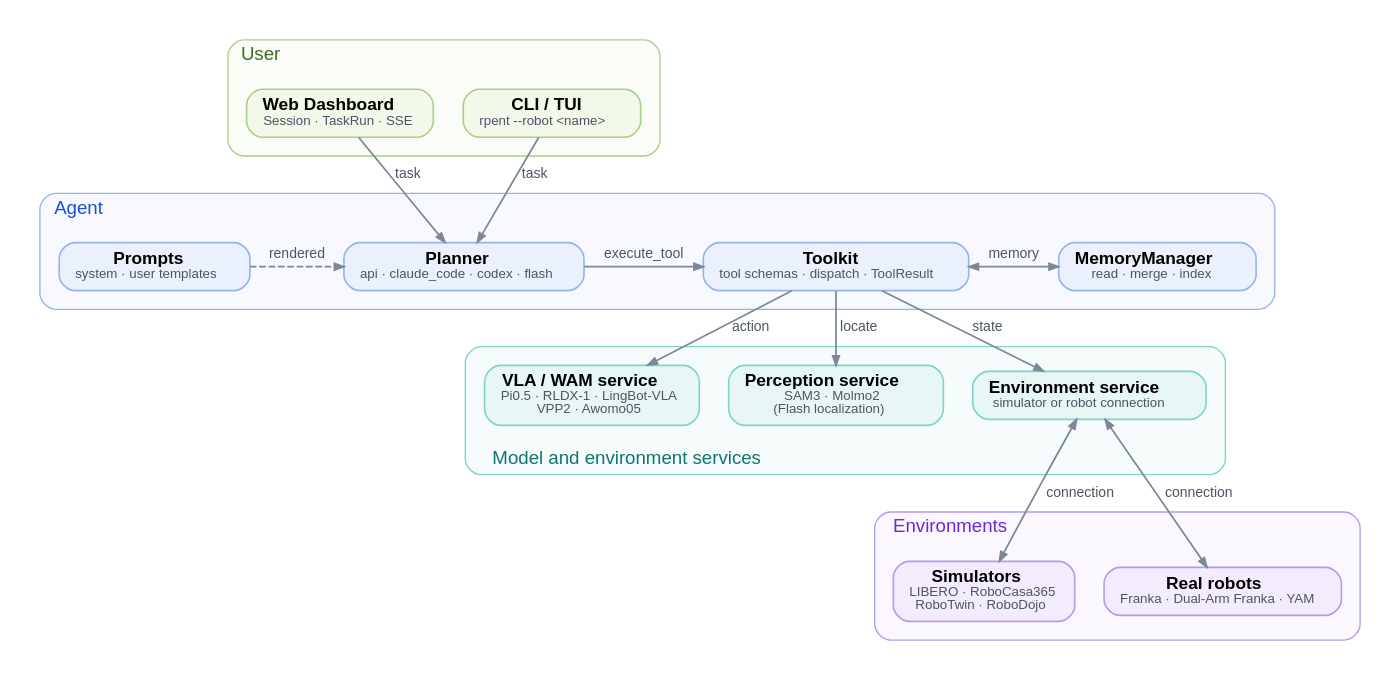
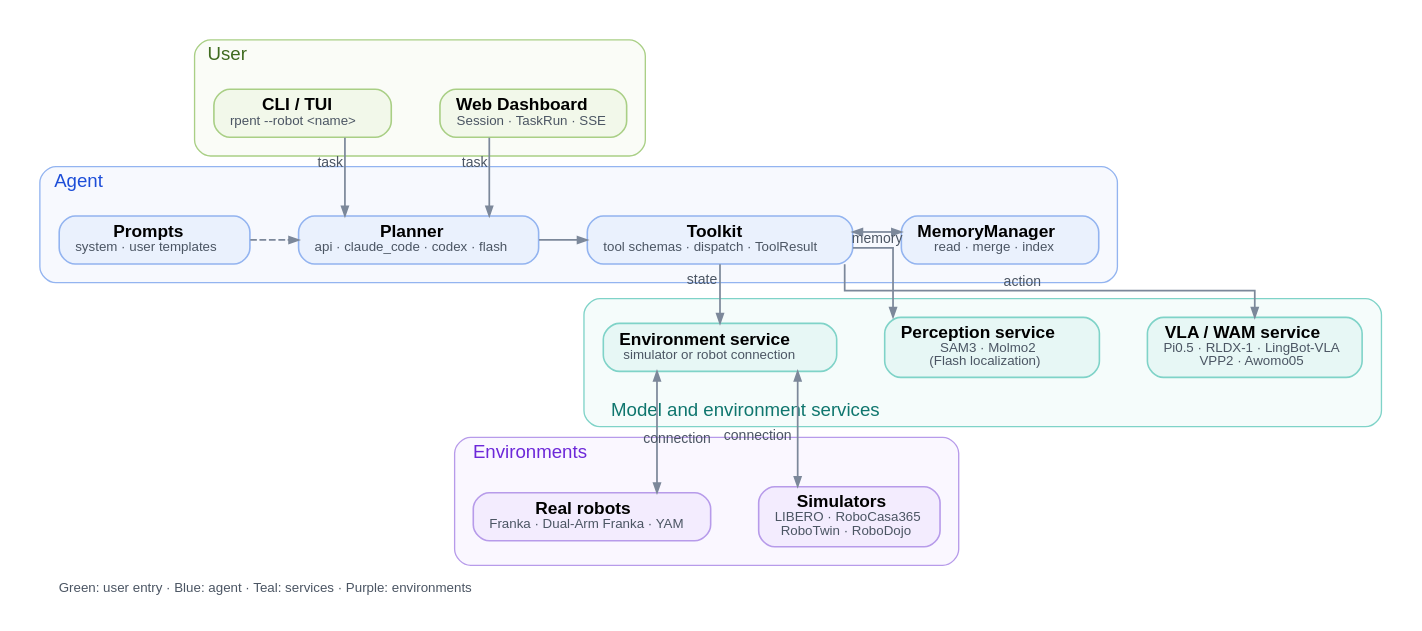
One commit to qurakchin/RPent changed the diagram in docs/_diagrams/architecture-en.dot. Above: the diagram before and after it, drawn with Graphviz. The commit also changed 48 other files, not shown here.

First line of the commit message:
docs: redraw diagrams and align section names across pages

```diff
--- a/docs/_diagrams/architecture-en.dot
+++ b/docs/_diagrams/architecture-en.dot
@@ -1,62 +1,64 @@
 digraph architecture {
-  graph [rankdir=TB, splines=spline, nodesep=0.30, ranksep=0.36, pad=0.20,
-         newrank=true, fontname="Helvetica", bgcolor="white"];
+  graph [rankdir=TB, splines=ortho, nodesep=0.50, ranksep=0.55, pad=0.20,
+         newrank=true, fontname="Helvetica", bgcolor="white",
+         label="Green: user entry · Blue: agent · Teal: services · Purple: environments", labelloc="b", labeljust="l", fontsize=10,
+         fontcolor="#4b5563"];
   node [shape=box, style="rounded,filled", fontname="Helvetica", fontsize=12,
         margin="0.16,0.09", penwidth=1.2];
   edge [color="#7c889a", penwidth=1.3, arrowsize=0.7, fontname="Helvetica",
         fontsize=10.5, fontcolor="#4b5563"];
 
   subgraph cluster_user {
     label="User"; labeljust="l"; labelloc="t";
     fontsize=14; margin=14;
     fontcolor="#3f6b1f"; style="rounded,filled";
     fillcolor="#f2f8ea66"; color="#a9cf85";
 {rank=same; dashboard; cli;}
   dashboard [label=<<FONT POINT-SIZE="13"><B>Web Dashboard</B></FONT><BR/><FONT POINT-SIZE="10" COLOR="#4b5563">Session · TaskRun · SSE</FONT>>, fillcolor="#f2f8ea", color="#a9cf85"];
   cli [label=<<FONT POINT-SIZE="13"><B>CLI / TUI</B></FONT><BR/><FONT POINT-SIZE="10" COLOR="#4b5563">rpent --robot &lt;name&gt;</FONT>>, fillcolor="#f2f8ea", color="#a9cf85"];
   }
 
   subgraph cluster_agent {
     label="Agent"; labeljust="l"; labelloc="t";
     fontsize=14; margin=14;
     fontcolor="#1d4ed8"; style="rounded,filled";
     fillcolor="#eaf1fd66"; color="#93b4f0";
 {rank=same; prompts; planner; toolkit; memory;}
   prompts [label=<<FONT POINT-SIZE="13"><B>Prompts</B></FONT><BR/><FONT POINT-SIZE="10" COLOR="#4b5563">system · user templates</FONT>>, fillcolor="#eaf1fd", color="#93b4f0"];
   planner [label=<<FONT POINT-SIZE="13"><B>Planner</B></FONT><BR/><FONT POINT-SIZE="10" COLOR="#4b5563">api · claude_code · codex · flash</FONT>>, fillcolor="#eaf1fd", color="#93b4f0"];
-  toolkit [label=<<FONT POINT-SIZE="13"><B>Toolkit</B></FONT><BR/><FONT POINT-SIZE="10" COLOR="#4b5563">tool schemas · dispatch · ToolResult</FONT>>, fillcolor="#eaf1fd", color="#93b4f0"];
+  toolkit [label=<<FONT POINT-SIZE="13"><B>Toolkit</B></FONT><BR/><FONT POINT-SIZE="10" COLOR="#4b5563">tool schemas · dispatch · ToolResult</FONT>>, fillcolor="#eaf1fd", color="#93b4f0", group=spine];
   memory [label=<<FONT POINT-SIZE="13"><B>MemoryManager</B></FONT><BR/><FONT POINT-SIZE="10" COLOR="#4b5563">read · merge · index</FONT>>, fillcolor="#eaf1fd", color="#93b4f0"];
   }
 
   subgraph cluster_service {
     label="Model and environment services"; labeljust="l"; labelloc="b";
     fontsize=14; margin=14;
     fontcolor="#0f766e"; style="rounded,filled";
     fillcolor="#e7f7f566"; color="#7fd3c8";
 {rank=same; vla; perception; env_service;}
   vla [label=<<FONT POINT-SIZE="13"><B>VLA / WAM service</B></FONT><BR/><FONT POINT-SIZE="10" COLOR="#4b5563">Pi0.5 · RLDX-1 · LingBot-VLA<BR/>VPP2 · Awomo05</FONT>>, fillcolor="#e7f7f5", color="#7fd3c8"];
   perception [label=<<FONT POINT-SIZE="13"><B>Perception service</B></FONT><BR/><FONT POINT-SIZE="10" COLOR="#4b5563">SAM3 · Molmo2<BR/>(Flash localization)</FONT>>, fillcolor="#e7f7f5", color="#7fd3c8"];
-  env_service [label=<<FONT POINT-SIZE="13"><B>Environment service</B></FONT><BR/><FONT POINT-SIZE="10" COLOR="#4b5563">simulator or robot connection</FONT>>, fillcolor="#e7f7f5", color="#7fd3c8"];
+  env_service [label=<<FONT POINT-SIZE="13"><B>Environment service</B></FONT><BR/><FONT POINT-SIZE="10" COLOR="#4b5563">simulator or robot connection</FONT>>, fillcolor="#e7f7f5", color="#7fd3c8", group=spine];
   }
 
   subgraph cluster_env {
     label="Environments"; labeljust="l"; labelloc="t";
     fontsize=14; margin=14;
     fontcolor="#6d28d9"; style="rounded,filled";
     fillcolor="#f3ecfe66"; color="#b79bea";
 {rank=same; sims; real;}
   sims [label=<<FONT POINT-SIZE="13"><B>Simulators</B></FONT><BR/><FONT POINT-SIZE="10" COLOR="#4b5563">LIBERO · RoboCasa365<BR/>RoboTwin · RoboDojo</FONT>>, fillcolor="#f3ecfe", color="#b79bea"];
   real [label=<<FONT POINT-SIZE="13"><B>Real robots</B></FONT><BR/><FONT POINT-SIZE="10" COLOR="#4b5563">Franka · Dual-Arm Franka · YAM</FONT>>, fillcolor="#f3ecfe", color="#b79bea"];
   }
 
-  dashboard -> planner [label="task"];
-  cli -> planner [label="task"];
-  prompts -> planner [style=dashed, label="rendered"];
-  planner -> toolkit [label="execute_tool"];
-  toolkit -> memory [dir=both, label="memory"];
-  toolkit -> vla [label="action"];
-  toolkit -> perception [label="locate"];
-  toolkit -> env_service [label="state"];
-  env_service -> sims [dir=both, label="connection"];
-  env_service -> real [dir=both, label="connection"];
+  dashboard -> planner [xlabel="task"];
+  cli -> planner [xlabel="task"];
+  prompts -> planner [style=dashed];
+  planner -> toolkit;
+  toolkit -> memory [dir=both, xlabel="memory"];
+  toolkit -> vla [xlabel="action"];
+  toolkit -> perception;
+  toolkit -> env_service [xlabel="state"];
+  env_service -> sims [dir=both, xlabel="connection"];
+  env_service -> real [dir=both, xlabel="connection"];
 }
```
